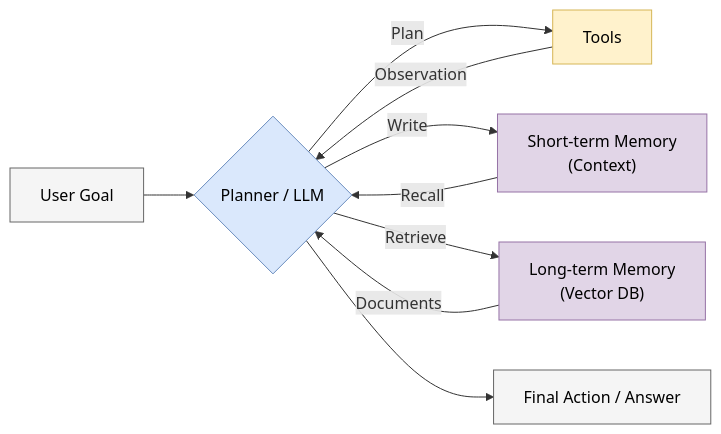
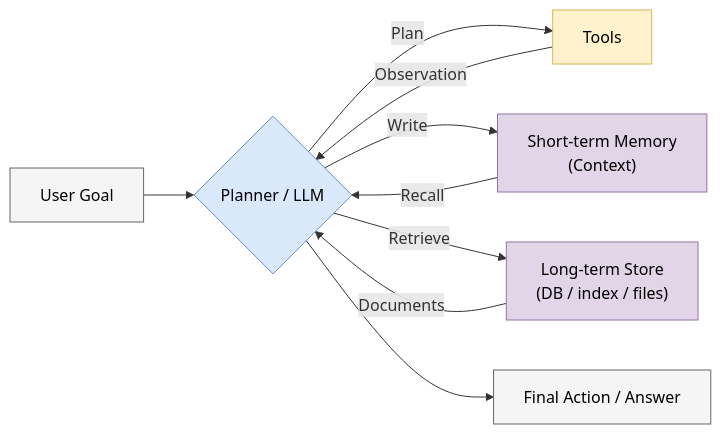
The fourth of 9 diagrams in books/ai-technical-survey/chapter_06.md (glenzli/ai-summary-book), drawn with Mermaid before and after one commit. The commit also changed other lines of this file and 37 other files, not shown here.

````diff
--- a/books/ai-technical-survey/chapter_06.md
+++ b/books/ai-technical-survey/chapter_06.md
@@ -212,21 +211,21 @@
 ```mermaid
 graph LR
     %% 样式定义
     classDef brain fill:#DAE8FC,stroke:#6C8EBF,color:#000000;
     classDef tool fill:#FFF2CC,stroke:#D6B656,color:#000000;
     classDef mem fill:#E1D5E7,stroke:#9673A6,color:#000000;
     classDef env fill:#F5F5F5,stroke:#666666,color:#000000;
 
     User["User Goal"]:::env --> Planner{"Planner / LLM"}:::brain
 
     Planner -->|Plan| Tool[Tools]:::tool
     Tool -->|Observation| Planner
 
     Planner -->|Write| STM["Short-term Memory<br/>(Context)"]:::mem
     STM -->|Recall| Planner
 
-    Planner -->|Retrieve| LTM["Long-term Memory<br/>(Vector DB)"]:::mem
+    Planner -->|Retrieve| LTM["Long-term Store<br/>(DB / index / files)"]:::mem
     LTM -->|Documents| Planner
 
     Planner --> Action["Final Action / Answer"]:::env
 ```
````
